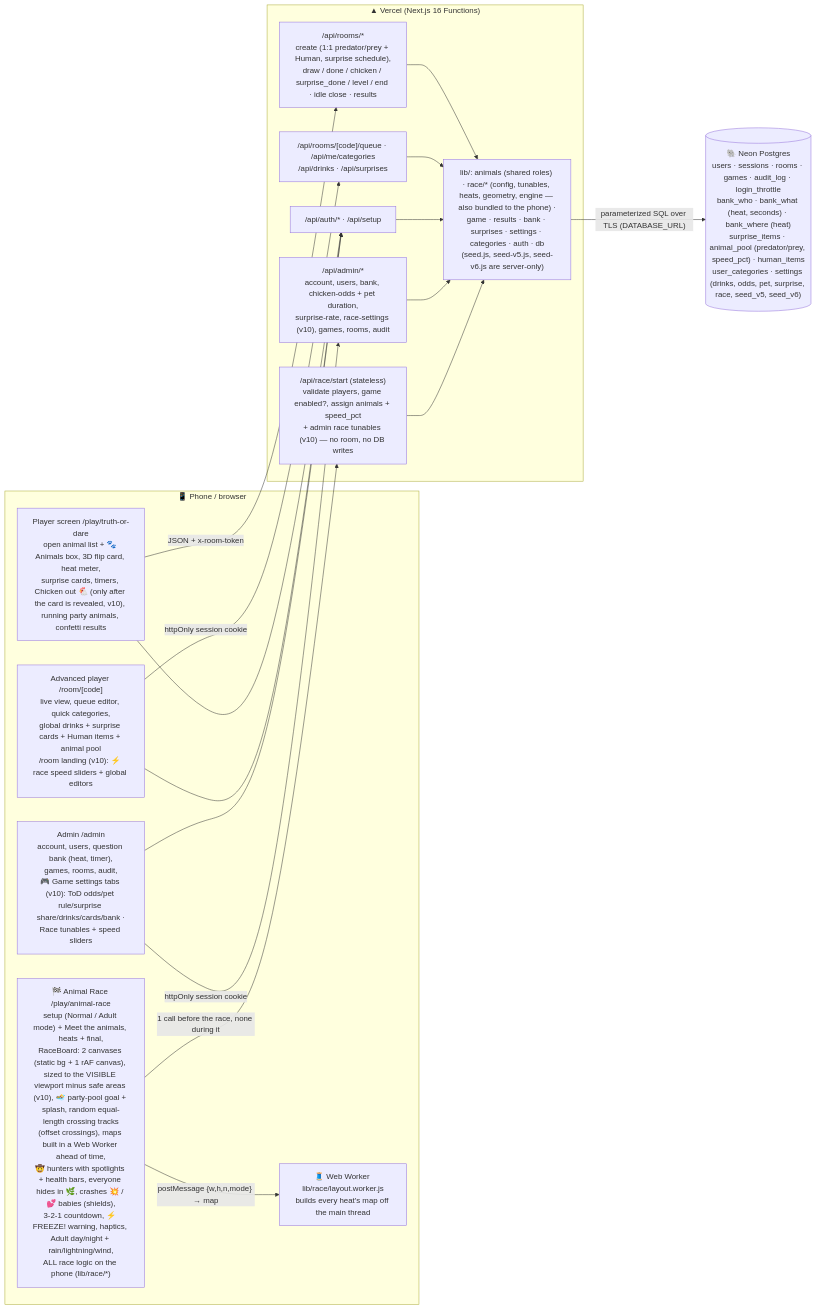
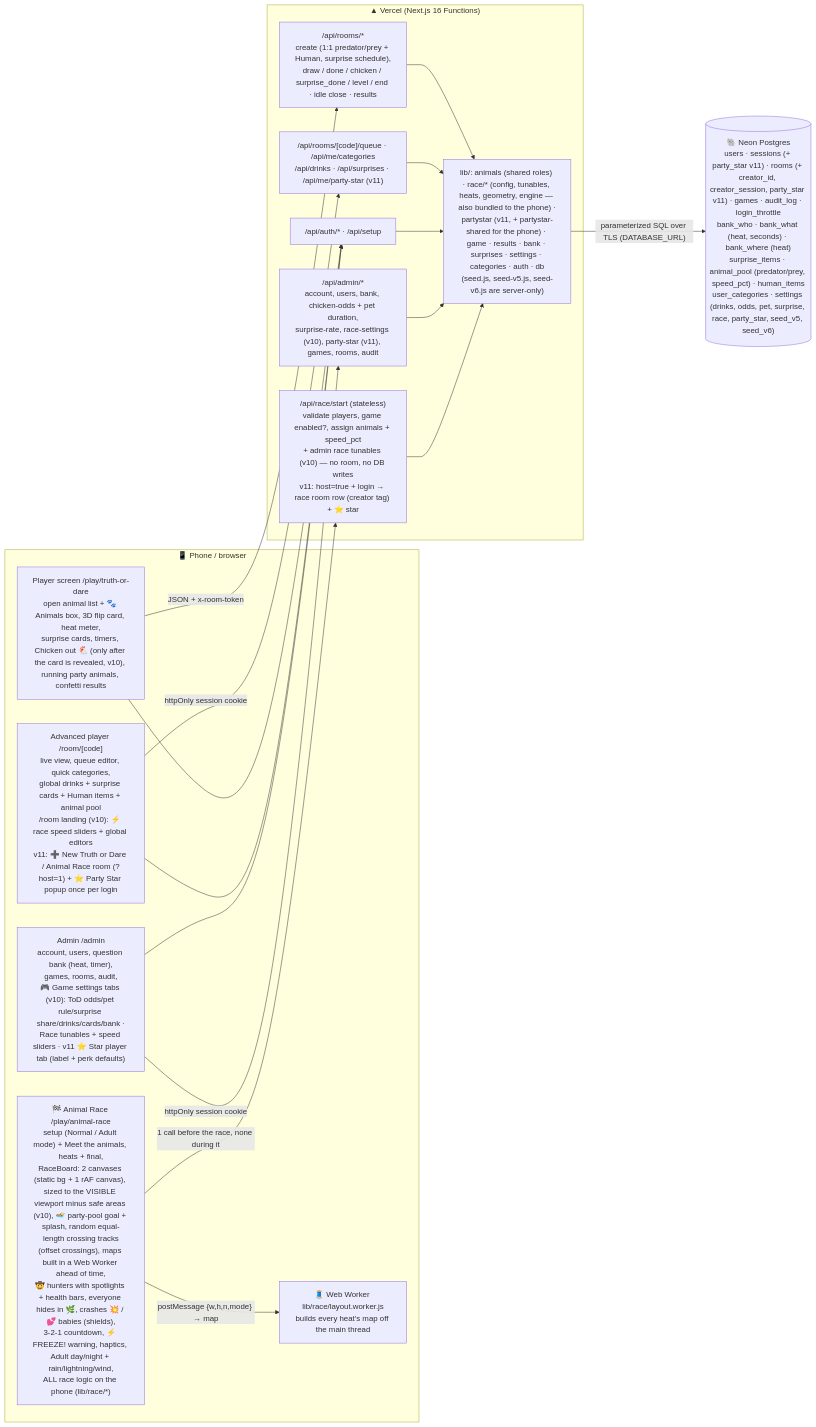
The first of 3 diagrams in ARCHITECTURE.md (chanhinterai-max/party-games), drawn with Mermaid before and after one commit. The commit also changed other lines of this file and 23 other files, not shown here.

Commit message:
v11: visible ⭐ Party Star role — advanced users create ToD/Race rooms (creator tag), once-per-login star popup, announced perks + badges + labels, admin Star player card

````diff
--- a/ARCHITECTURE.md
+++ b/ARCHITECTURE.md
@@ -7,27 +7,27 @@
 ```mermaid
 flowchart LR
   subgraph Browser["📱 Phone / browser"]
     P["Player screen /play/truth-or-dare<br/>open animal list + 🐾 Animals box, 3D flip card, heat meter,<br/>surprise cards, timers, Chicken out 🐔 (only after the card is revealed, v10), running party animals, confetti results"]
-    A["Advanced player /room/[code]<br/>live view, queue editor, quick categories,<br/>global drinks + surprise cards + Human items + animal pool<br/>/room landing (v10): ⚡ race speed sliders + global editors"]
+    A["Advanced player /room/[code]<br/>live view, queue editor, quick categories,<br/>global drinks + surprise cards + Human items + animal pool<br/>/room landing (v10): ⚡ race speed sliders + global editors<br/>v11: ➕ New Truth or Dare / Animal Race room (?host=1) + ⭐ Party Star popup once per login"]
     RC["🏁 Animal Race /play/animal-race<br/>setup (Normal / Adult mode) + Meet the animals, heats + final,<br/>RaceBoard: 2 canvases (static bg + 1 rAF canvas), sized to the VISIBLE viewport minus safe areas (v10), 🏊 party-pool goal + splash, random equal-length crossing tracks<br/>(offset crossings), maps built in a Web Worker ahead of time,<br/>🤠 hunters with spotlights + health bars, everyone hides in 🌿, crashes 💥 / 💕 babies (shields),<br/>3-2-1 countdown, ⚡ FREEZE! warning, haptics, Adult day/night + rain/lightning/wind,<br/>ALL race logic on the phone (lib/race/*)"]
     WK["🧵 Web Worker lib/race/layout.worker.js<br/>builds every heat's map off the main thread"]
-    D["Admin /admin<br/>account, users, question bank (heat, timer),<br/>games, rooms, audit,<br/>🎮 Game settings tabs (v10): ToD odds/pet rule/surprise share/drinks/cards/bank ·<br/>Race tunables + speed sliders"]
+    D["Admin /admin<br/>account, users, question bank (heat, timer),<br/>games, rooms, audit,<br/>🎮 Game settings tabs (v10): ToD odds/pet rule/surprise share/drinks/cards/bank ·<br/>Race tunables + speed sliders · v11 ⭐ Star player tab (label + perk defaults)"]
   end
   subgraph Vercel["▲ Vercel (Next.js 16 Functions)"]
     R1["/api/rooms/*<br/>create (1:1 predator/prey + Human, surprise schedule),<br/>draw / done / chicken / surprise_done / level / end · idle close · results"]
-    R2["/api/rooms/[code]/queue · /api/me/categories<br/>/api/drinks · /api/surprises"]
+    R2["/api/rooms/[code]/queue · /api/me/categories<br/>/api/drinks · /api/surprises · /api/me/party-star (v11)"]
     R3["/api/auth/* · /api/setup"]
-    R5["/api/race/start (stateless)<br/>validate players, game enabled?, assign animals + speed_pct<br/>+ admin race tunables (v10) — no room, no DB writes"]
-    R4["/api/admin/*<br/>account, users, bank, chicken-odds + pet duration,<br/>surprise-rate, race-settings (v10), games, rooms, audit"]
-    L["lib/: animals (shared roles) · race/* (config, tunables, heats, geometry, engine — also bundled to the phone) ·<br/>game · results · bank · surprises · settings · categories · auth · db<br/>(seed.js, seed-v5.js, seed-v6.js are server-only)"]
+    R5["/api/race/start (stateless)<br/>validate players, game enabled?, assign animals + speed_pct<br/>+ admin race tunables (v10) — no room, no DB writes<br/>v11: host=true + login → race room row (creator tag) + ⭐ star"]
+    R4["/api/admin/*<br/>account, users, bank, chicken-odds + pet duration,<br/>surprise-rate, race-settings (v10), party-star (v11), games, rooms, audit"]
+    L["lib/: animals (shared roles) · race/* (config, tunables, heats, geometry, engine — also bundled to the phone) ·<br/>partystar (v11, + partystar-shared for the phone) · game · results · bank · surprises · settings · categories · auth · db<br/>(seed.js, seed-v5.js, seed-v6.js are server-only)"]
   end
-  DB[("🐘 Neon Postgres<br/>users · sessions · rooms · games · audit_log · login_throttle<br/>bank_who · bank_what (heat, seconds) · bank_where (heat)<br/>surprise_items · animal_pool (predator/prey, speed_pct) · human_items<br/>user_categories · settings (drinks, odds, pet, surprise, race, seed_v5, seed_v6)")]
+  DB[("🐘 Neon Postgres<br/>users · sessions (+ party_star v11) · rooms (+ creator_id, creator_session, party_star v11) · games · audit_log · login_throttle<br/>bank_who · bank_what (heat, seconds) · bank_where (heat)<br/>surprise_items · animal_pool (predator/prey, speed_pct) · human_items<br/>user_categories · settings (drinks, odds, pet, surprise, race, party_star, seed_v5, seed_v6)")]
   P -- "JSON + x-room-token" --> R1
   A -- "httpOnly session cookie" --> R2
   D -- "httpOnly session cookie" --> R4
   RC -- "1 call before the race, none during it" --> R5
   RC -- "postMessage {w,h,n,mode} → map" --> WK
   P & A & D --> R3
   R1 & R2 & R3 & R4 & R5 --> L
   L -- "parameterized SQL over TLS (DATABASE_URL)" --> DB
 ```
````
